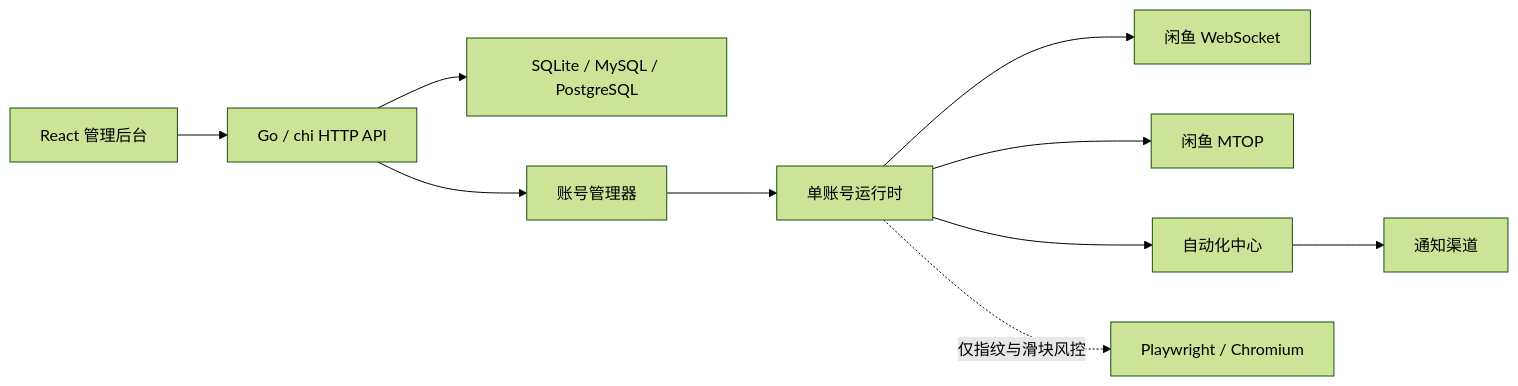
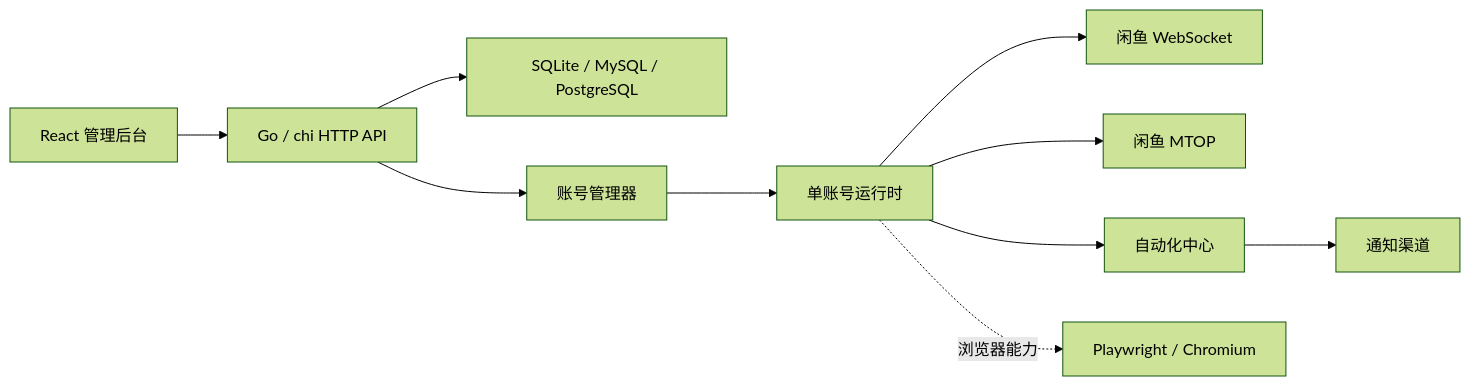
The diagram in README.md (Christ9038/Ydisks-Xianyu-Helper), drawn with Mermaid (forest theme) before and after one commit. The commit also changed other lines of this file and 1 other file, not shown here.

````diff
--- a/README.md
+++ b/README.md
@@ -81,12 +82,12 @@
 ```mermaid
 flowchart LR
     UI["React 管理后台"] --> API["Go / chi HTTP API"]
     API --> Store["SQLite / MySQL / PostgreSQL"]
     API --> Manager["账号管理器"]
     Manager --> Engine["单账号运行时"]
     Engine --> WS["闲鱼 WebSocket"]
     Engine --> MTOP["闲鱼 MTOP"]
     Engine --> Automation["自动化中心"]
     Automation --> Notify["通知渠道"]
-    Engine -. "仅指纹与滑块风控" .-> Chromium["Playwright / Chromium"]
+    Engine -. "浏览器能力" .-> Chromium["Playwright / Chromium"]
 ```
````
